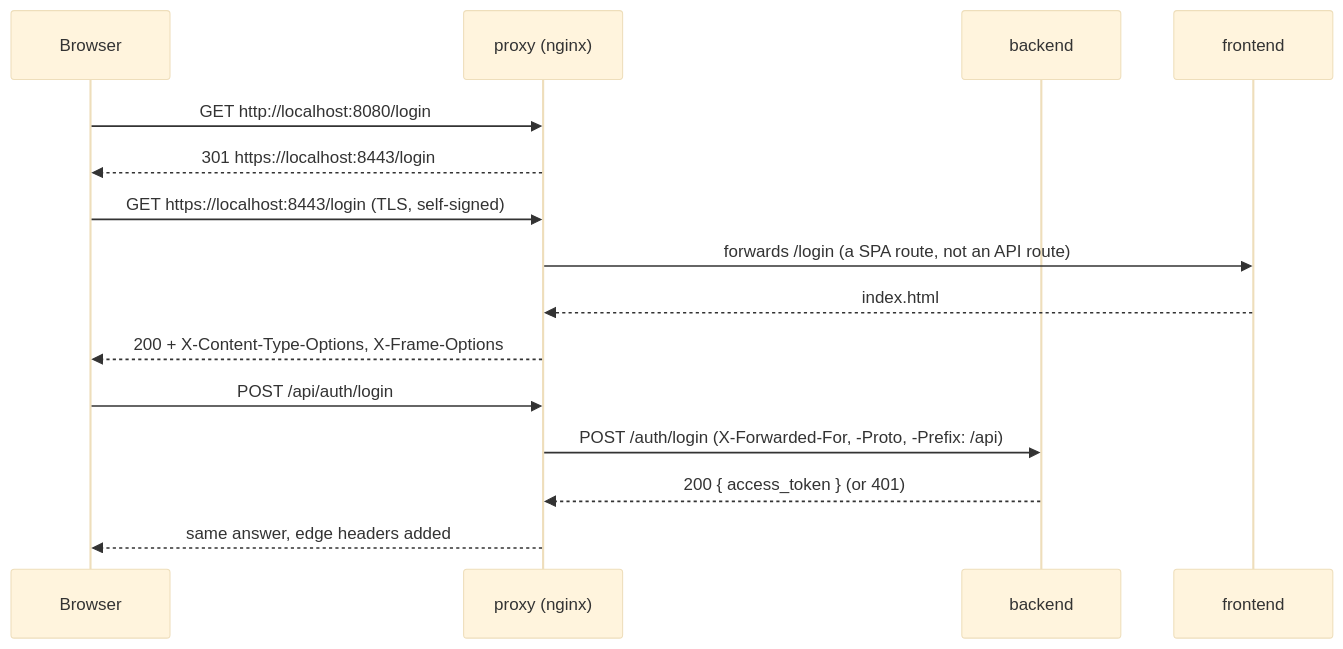
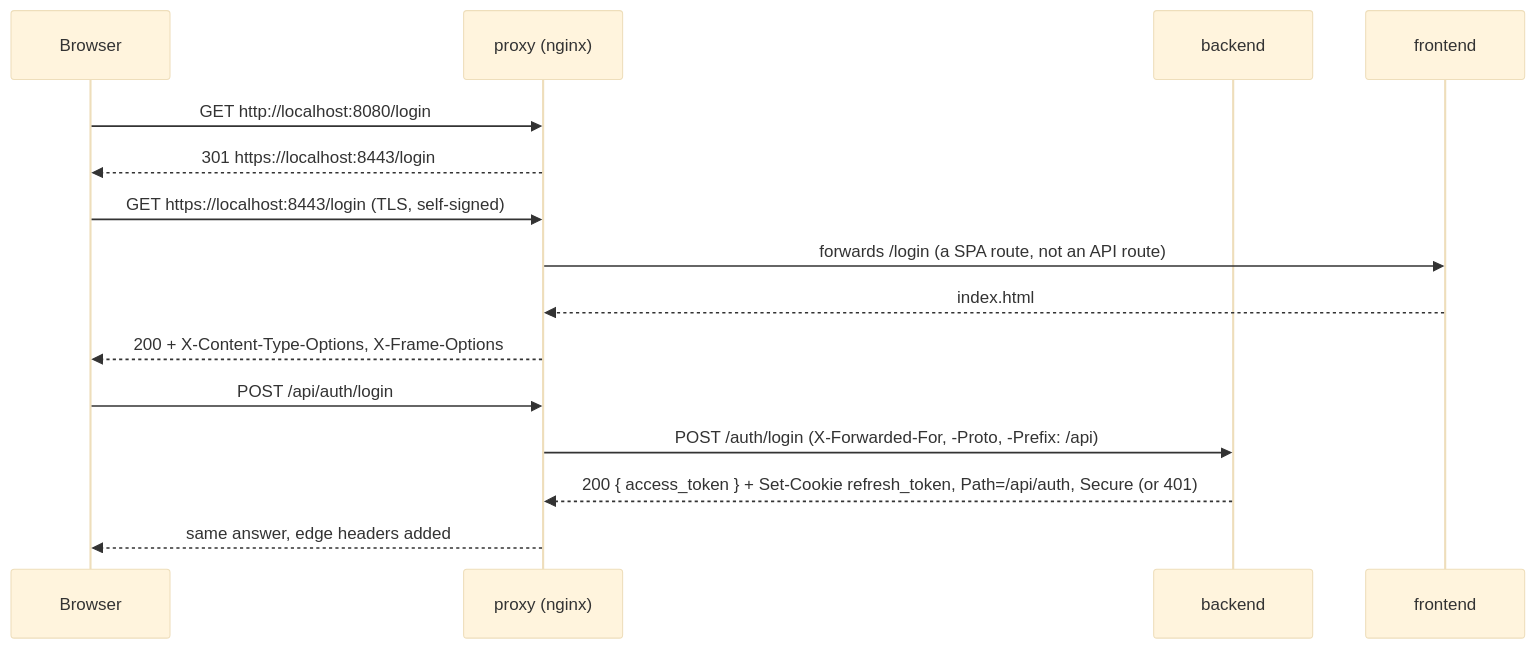
The second of 3 diagrams in docs/diagrams/network.md (kidp8479/42_hypertube), drawn with Mermaid (base theme) before and after one commit. The commit also changed 4 other files, not shown here.

Commit message:
docs(HYP-77): the login poster, the edge diagram and the diagram index show the refresh cookie

````diff
--- a/docs/diagrams/network.md
+++ b/docs/diagrams/network.md
@@ -47,17 +47,17 @@
 ```mermaid
 sequenceDiagram
     participant B as Browser
     participant P as proxy (nginx)
     participant A as backend
     participant F as frontend
     B->>P: GET http://localhost:8080/login
     P-->>B: 301 https://localhost:8443/login
     B->>P: GET https://localhost:8443/login (TLS, self-signed)
     P->>F: forwards /login (a SPA route, not an API route)
     F-->>P: index.html
     P-->>B: 200 + X-Content-Type-Options, X-Frame-Options
     B->>P: POST /api/auth/login
     P->>A: POST /auth/login (X-Forwarded-For, -Proto, -Prefix: /api)
-    A-->>P: 200 { access_token } (or 401)
+    A-->>P: 200 { access_token } + Set-Cookie refresh_token, Path=/api/auth, Secure (or 401)
     P-->>B: same answer, edge headers added
 ```
````
